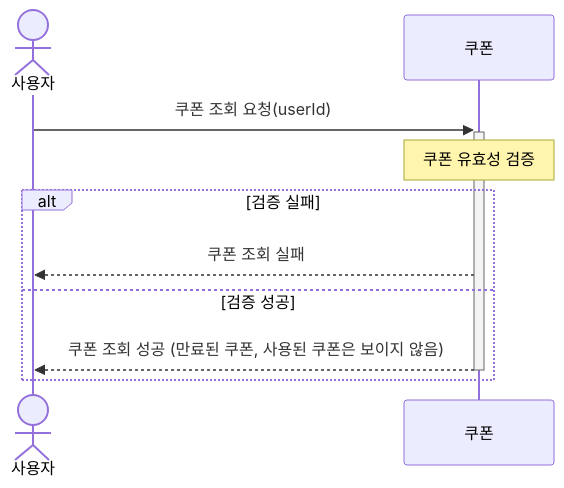
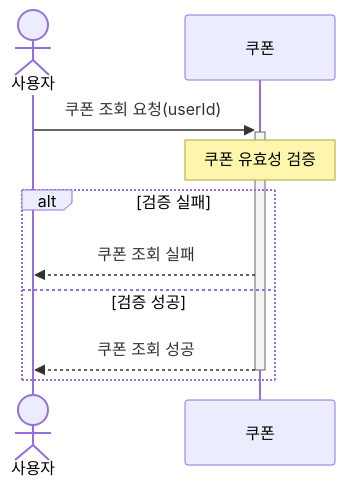
The eighth of 10 diagrams in docs/SequenceDiagram.md (leevigong/hhplus-ecommerce), drawn with Mermaid before and after one commit. The commit also changed other lines of this file, not shown here.

````diff
--- a/docs/SequenceDiagram.md
+++ b/docs/SequenceDiagram.md
@@ -173,14 +168,14 @@
 ```mermaid
 sequenceDiagram
   actor User as 사용자
   participant Coupon as 쿠폰
   
   User ->>+ Coupon: 쿠폰 조회 요청(userId)
   note over Coupon: 쿠폰 유효성 검증
   
   alt 검증 실패
     Coupon -->> User: 쿠폰 조회 실패
   else 검증 성공
-    Coupon -->>- User: 쿠폰 조회 성공 (만료된 쿠폰, 사용된 쿠폰은 보이지 않음)
+    Coupon -->>- User: 쿠폰 조회 성공
   end
 ```
````
